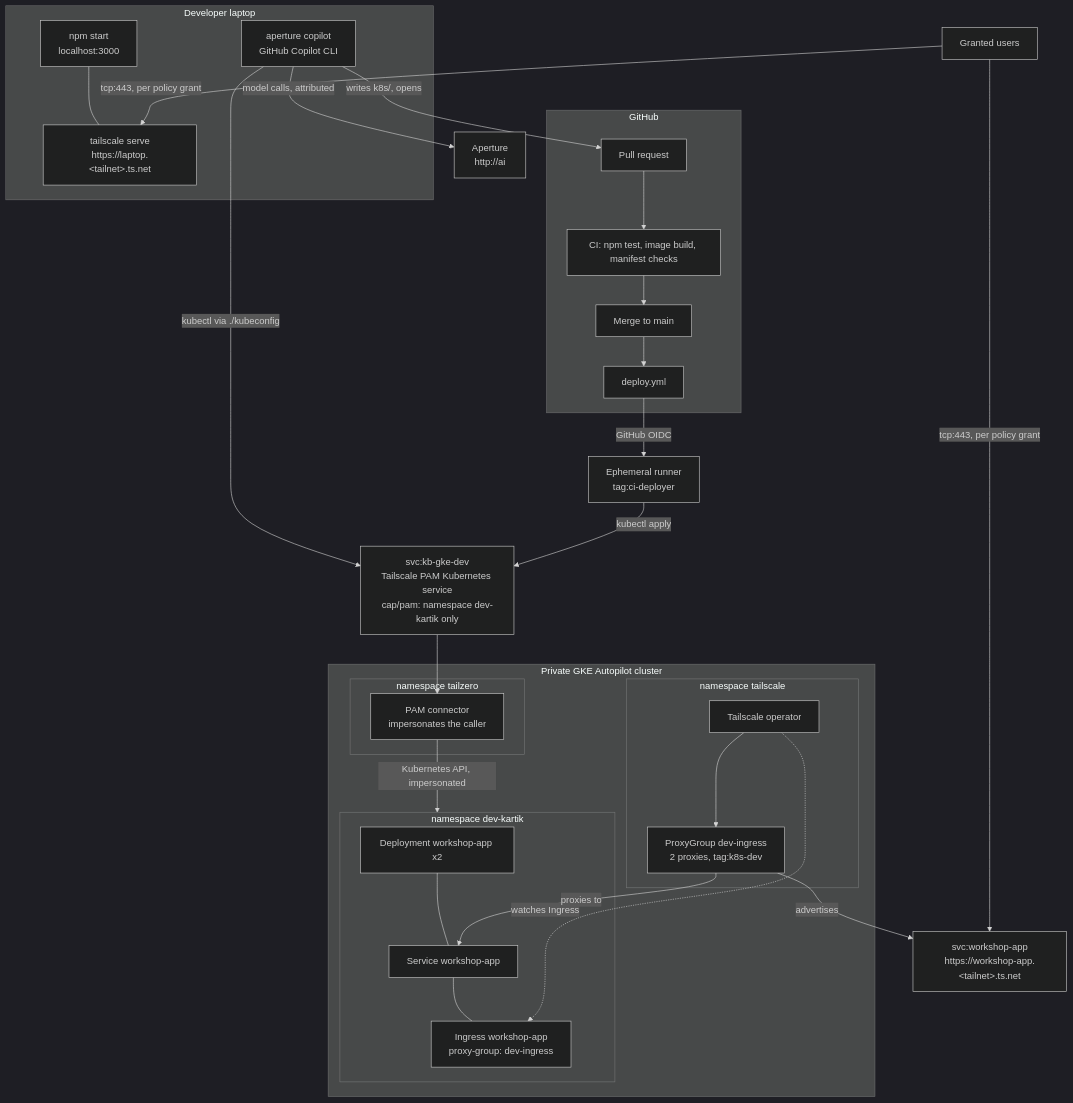
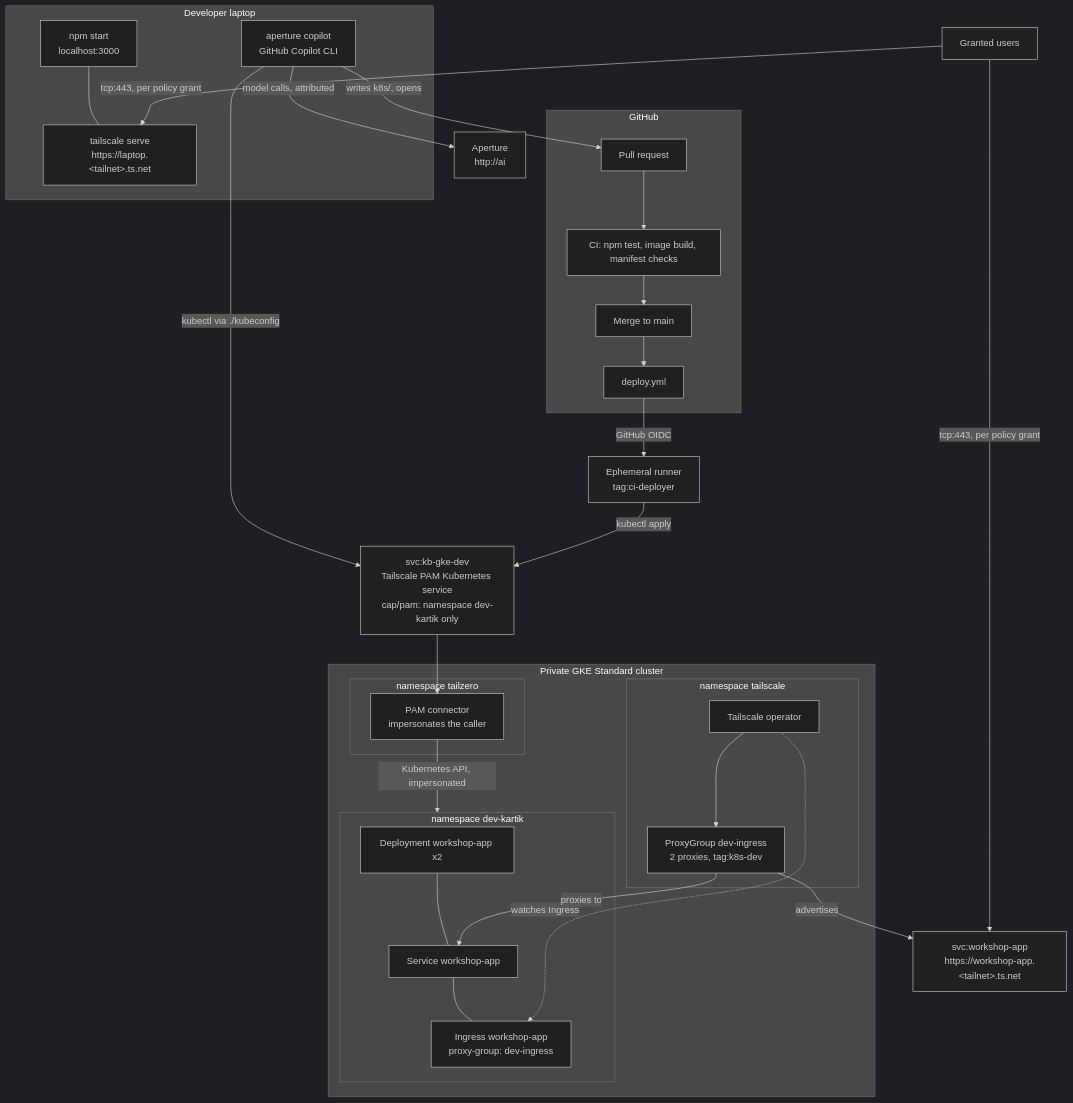
Before and after one commit to kbpersonal/agentic-aided-deployment-workshop: the diagram in README.md, drawn with Mermaid (dark theme). The commit also changed other lines of this file and 2 other files, not shown here.

Commit message:
Run on GKE Standard; the Tailscale operator needs privileged proxy pods

````diff
--- a/README.md
+++ b/README.md
@@ -20,52 +20,52 @@
 ```mermaid
 flowchart TB
   subgraph laptop["Developer laptop"]
     app["npm start<br/>localhost:3000"]
     serve["tailscale serve<br/>https://laptop.&lt;tailnet&gt;.ts.net"]
     copilot["aperture copilot<br/>GitHub Copilot CLI"]
     app --- serve
   end
 
   aperture["Aperture<br/>http://ai"]
 
   subgraph github["GitHub"]
     pr["Pull request"] --> ci["CI: npm test, image build, manifest checks"] --> merge["Merge to main"]
     merge --> deploy["deploy.yml"]
   end
 
   runner["Ephemeral runner<br/>tag:ci-deployer"]
   pam["svc:kb-gke-dev<br/>Tailscale PAM Kubernetes service<br/>cap/pam: namespace dev-kartik only"]
 
-  subgraph gke["Private GKE Autopilot cluster"]
+  subgraph gke["Private GKE Standard cluster"]
     subgraph ns0["namespace tailzero"]
       connector["PAM connector<br/>impersonates the caller"]
     end
     subgraph ns1["namespace dev-kartik"]
       dep["Deployment workshop-app x2"]
       svc["Service workshop-app"]
       ing["Ingress workshop-app<br/>proxy-group: dev-ingress"]
       dep --- svc --- ing
     end
     subgraph ns2["namespace tailscale"]
       operator["Tailscale operator"]
       pg["ProxyGroup dev-ingress<br/>2 proxies, tag:k8s-dev"]
     end
   end
 
   tsvc["svc:workshop-app<br/>https://workshop-app.&lt;tailnet&gt;.ts.net"]
   team["Granted users"]
 
   copilot -- "model calls, attributed" --> aperture
   copilot -- "writes k8s/, opens" --> pr
   copilot -- "kubectl via ./kubeconfig" --> pam
   deploy -- "GitHub OIDC" --> runner
   runner -- "kubectl apply" --> pam
   pam --> connector
   connector -- "Kubernetes API, impersonated" --> ns1
   operator -. "watches Ingress" .-> ing
   operator --> pg
   pg -- "advertises" --> tsvc
   pg -- "proxies to" --> svc
   team -- "tcp:443, per policy grant" --> tsvc
   team -- "tcp:443, per policy grant" --> serve
 ```
````
